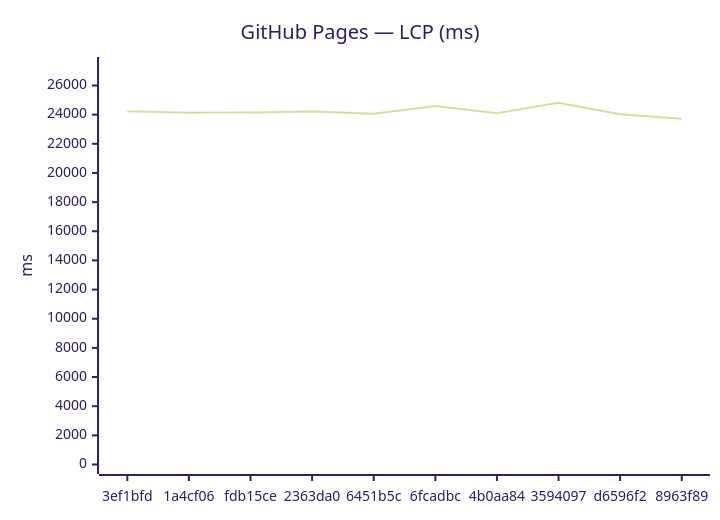
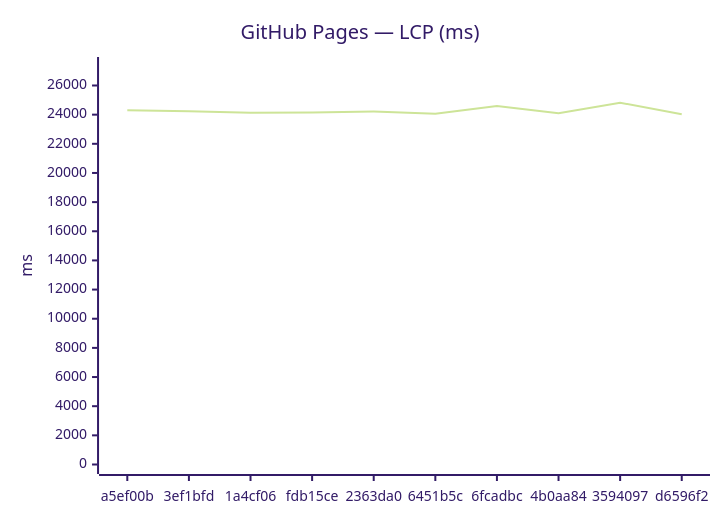
One commit to Metaheurist/Rianell changed the third of 12 diagrams in benchmarks/compare.md. Above: the diagram before and after it, drawn with Mermaid (forest theme). The commit also changed other lines of this file and 8 other files, not shown here.

````diff
--- a/benchmarks/compare.md
+++ b/benchmarks/compare.md
@@ -54,7 +54,7 @@
 ```mermaid
 xychart-beta
     title "GitHub Pages — LCP (ms)"
-    x-axis ["3ef1bfd", "1a4cf06", "fdb15ce", "2363da0", "6451b5c", "6fcadbc", "4b0aa84", "3594097", "d6596f2", "8963f89"]
+    x-axis ["a5ef00b", "3ef1bfd", "1a4cf06", "fdb15ce", "2363da0", "6451b5c", "6fcadbc", "4b0aa84", "3594097", "d6596f2"]
     y-axis "ms" 0 --> 27303
-    line [24236, 24125, 24144, 24218, 24056, 24599, 24101, 24820, 24030, 23715]
+    line [24310, 24236, 24125, 24144, 24218, 24056, 24599, 24101, 24820, 24030]
 ```
````
